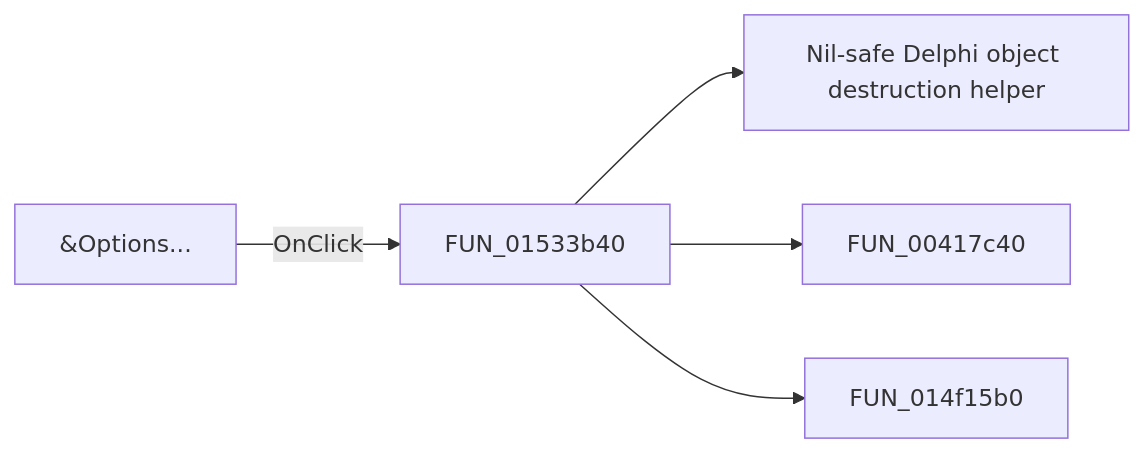
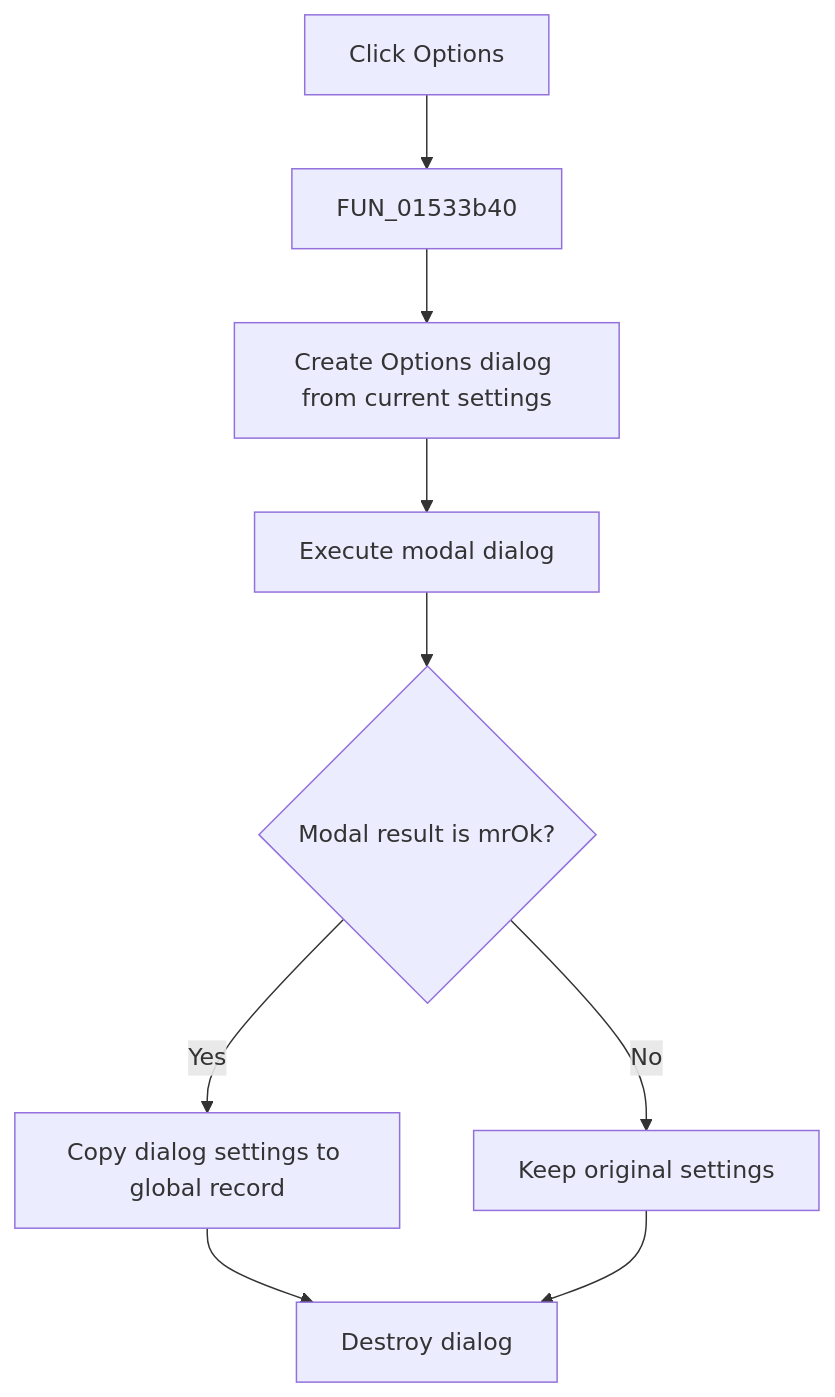
Before and after one commit to MovGP0/TIARA: the diagram in docs/ui-controls/netlisteditor/mioption-be8c824b9c.md, drawn with Mermaid. The commit also changed other lines of this file and 1062 other files, not shown here.

````diff
--- a/docs/ui-controls/netlisteditor/mioption-be8c824b9c.md
+++ b/docs/ui-controls/netlisteditor/mioption-be8c824b9c.md
@@ -27,7 +29,11 @@
 ```mermaid
-flowchart LR
-    control["&Options..."] -->|OnClick| handler["FUN_01533b40"]
-    handler --> call1["Nil-safe Delphi object destruction helper"]
-    handler --> call2["FUN_00417c40"]
-    handler --> call3["FUN_014f15b0"]
+flowchart TD
+    control["Click Options"] --> handler["FUN_01533b40"]
+    handler --> create["Create Options dialog from current settings"]
+    create --> modal["Execute modal dialog"]
+    modal --> ok{"Modal result is mrOk?"}
+    ok -->|Yes| commit["Copy dialog settings to global record"]
+    ok -->|No| keep["Keep original settings"]
+    commit --> destroy["Destroy dialog"]
+    keep --> destroy
 ```
````
